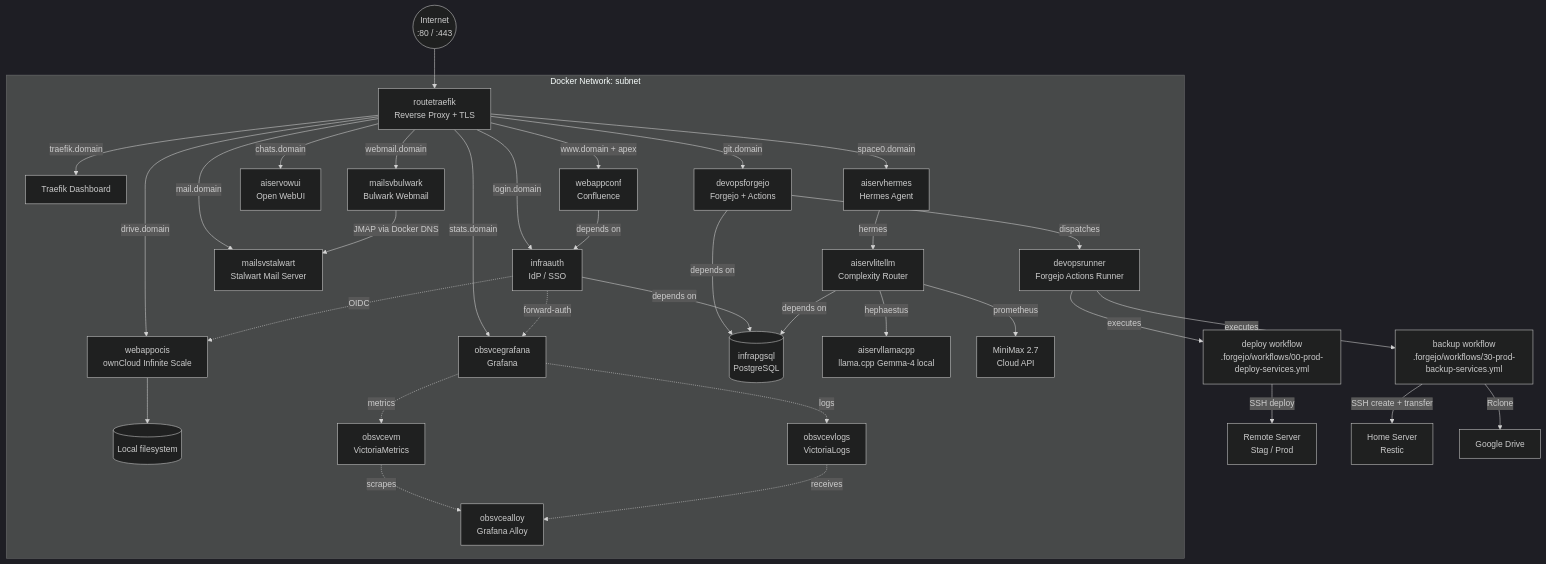
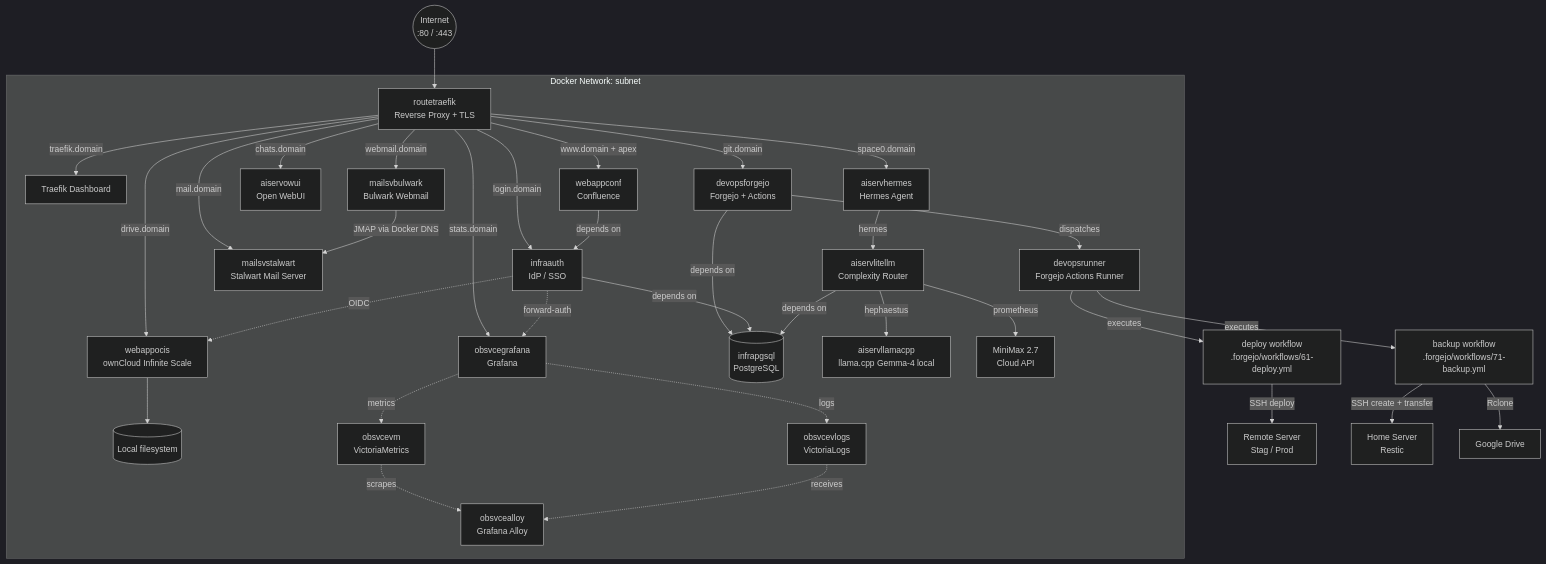
One commit to yongxinL/servicehub changed the first of 2 diagrams in README.md. Above: the diagram before and after it, drawn with Mermaid (dark theme). The commit also changed other lines of this file and 20 other files, not shown here.

Commit message:
chore(workflows): rename deploy/backup workflows to 61-deploy and 71-backup, drop remote-access test, update docs

````diff
--- a/README.md
+++ b/README.md
@@ -60,41 +60,41 @@
 ```mermaid
 graph TD
     Internet((Internet\n:80 / :443))
     Internet --> Traefik
 
     subgraph subnet[Docker Network: subnet]
         Traefik[routetraefik\nReverse Proxy + TLS]
         Traefik -->|traefik.domain| Dashboard[Traefik Dashboard]
         Traefik -->|login.domain| Authentik[infraauth\nIdP / SSO]
         Traefik -->|git.domain| Forgejo[devopsforgejo\nForgejo + Actions]
         Traefik -->|www.domain + apex| Confluence[webappconf\nConfluence]
         Traefik -->|chats.domain| OpenWebUI[aiservowui\nOpen WebUI]
         Traefik -->|drive.domain| Cloud[webappocis\nownCloud Infinite Scale]
         Traefik -->|space0.domain| Hermes[aiservhermes\nHermes Agent]
         Traefik -->|stats.domain| Grafana[obsvcegrafana\nGrafana]
         Traefik -->|mail.domain| Stalwart[mailsvstalwart\nStalwart Mail Server]
         Traefik -->|webmail.domain| Bulwark[mailsvbulwark\nBulwark Webmail]
         Bulwark -->|JMAP via Docker DNS| Stalwart
         Authentik -.->|forward-auth| Grafana
         Authentik -.->|OIDC| Cloud
         Cloud --> CloudData[(Local filesystem)]
         Forgejo -->|depends on| PostgreSQL[(infrapgsql\nPostgreSQL)]
         Authentik -->|depends on| PostgreSQL
         Confluence -->|depends on| Authentik
         Forgejo -->|dispatches| Runner[devopsrunner\nForgejo Actions Runner]
         Hermes -->|hermes| LiteLLM[aiservlitellm\nComplexity Router]
         LiteLLM -->|depends on| PostgreSQL
         LiteLLM -->|hephaestus| Gemma[aiservllamacpp\nllama.cpp Gemma-4 local]
         LiteLLM -->|prometheus| MiniMax[MiniMax 2.7\nCloud API]
         Grafana -.->|metrics| VM[obsvcevm\nVictoriaMetrics]
         Grafana -.->|logs| VL[obsvcevlogs\nVictoriaLogs]
         VM -.->|scrapes| Alloy[obsvcealloy\nGrafana Alloy]
         VL -.->|receives| Alloy
     end
 
-    Runner -->|executes| WPDeploy[deploy workflow\n.forgejo/workflows/00-prod-deploy-services.yml]
-    Runner -->|executes| BackupFlow[backup workflow\n.forgejo/workflows/30-prod-backup-services.yml]
+    Runner -->|executes| WPDeploy[deploy workflow\n.forgejo/workflows/61-deploy.yml]
+    Runner -->|executes| BackupFlow[backup workflow\n.forgejo/workflows/71-backup.yml]
     WPDeploy -->|SSH deploy| RemoteServer[Remote Server\nStag / Prod]
     BackupFlow -->|SSH create + transfer| Home[Home Server\nRestic]
     BackupFlow -->|Rclone| Drive[Google Drive]
 ```
````
